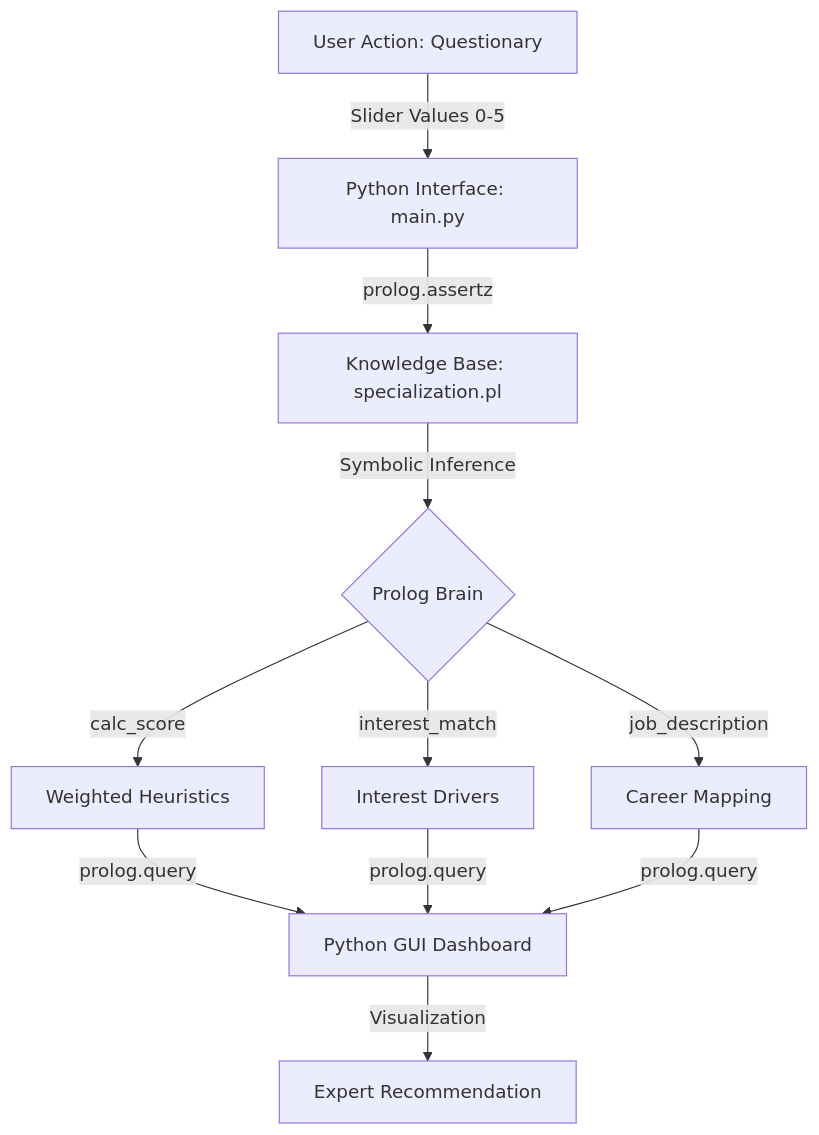
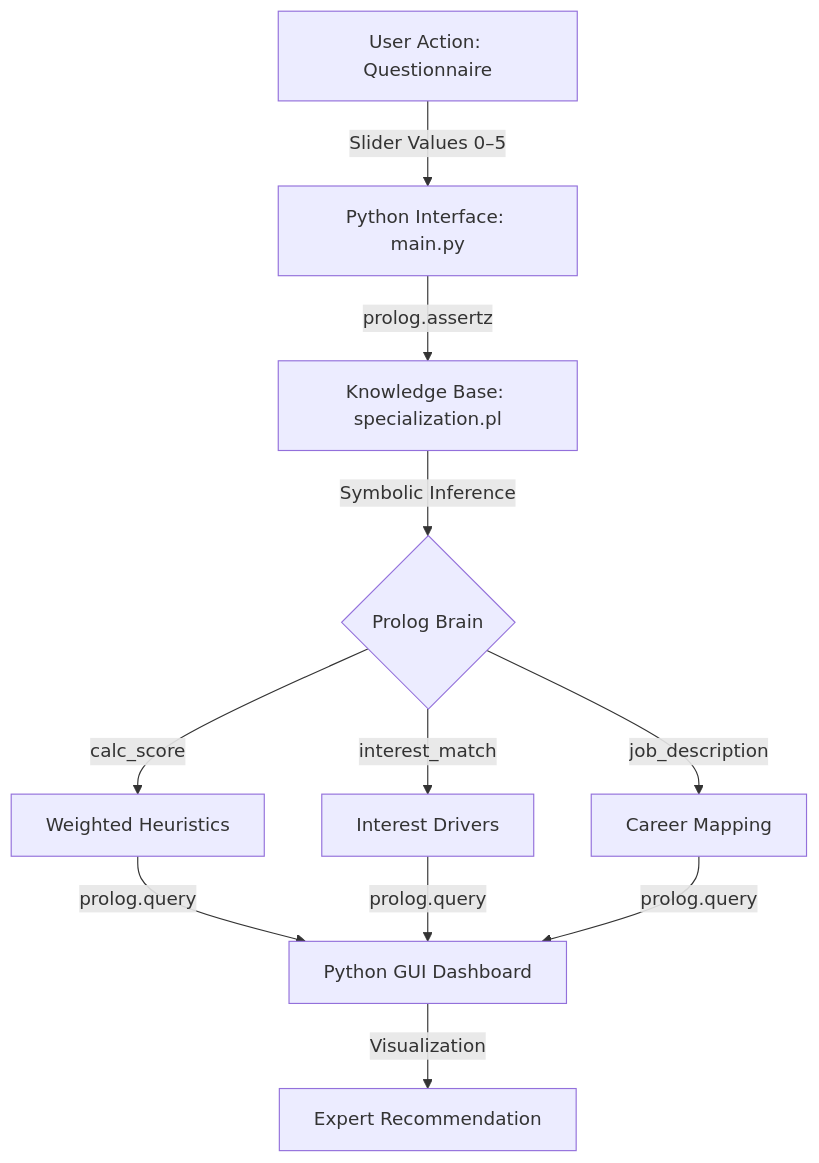
Before and after one commit to sedegah/DCIT-313--Tech-People: the diagram in README.md, drawn with Mermaid. The commit also changed other lines of this file, not shown here.

````diff
--- a/README.md
+++ b/README.md
@@ -22,11 +40,11 @@
 ```mermaid
 graph TD
-    A[User Action: Questionary] -->|Slider Values 0-5| B[Python Interface: main.py]
+    A[User Action: Questionnaire] -->|Slider Values 0–5| B[Python Interface: main.py]
     B -->|prolog.assertz| C[Knowledge Base: specialization.pl]
     C -->|Symbolic Inference| D{Prolog Brain}
     D -->|calc_score| E[Weighted Heuristics]
     D -->|interest_match| F[Interest Drivers]
     D -->|job_description| G[Career Mapping]
     E & F & G -->|prolog.query| H[Python GUI Dashboard]
     H -->|Visualization| I[Expert Recommendation]
 ```
````
